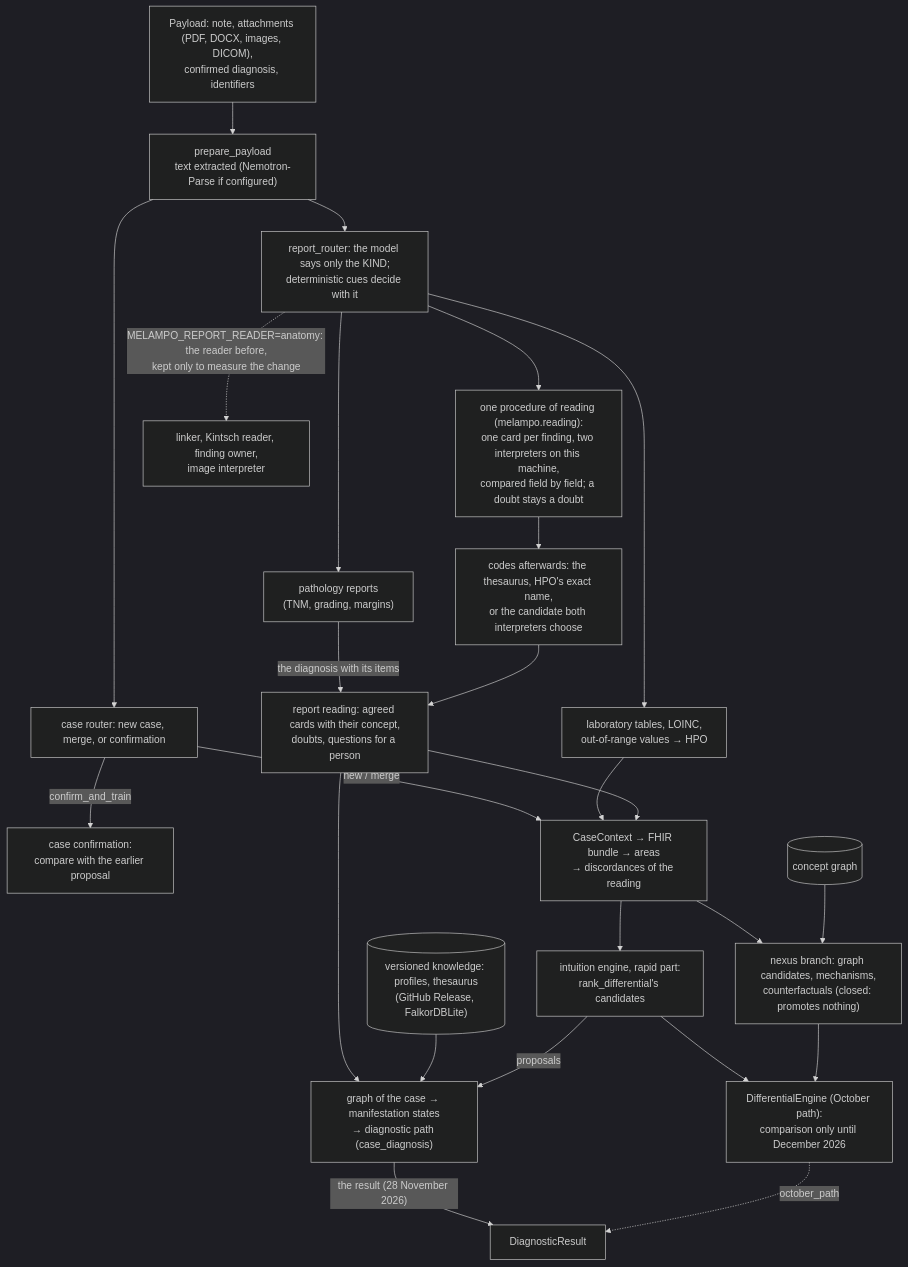
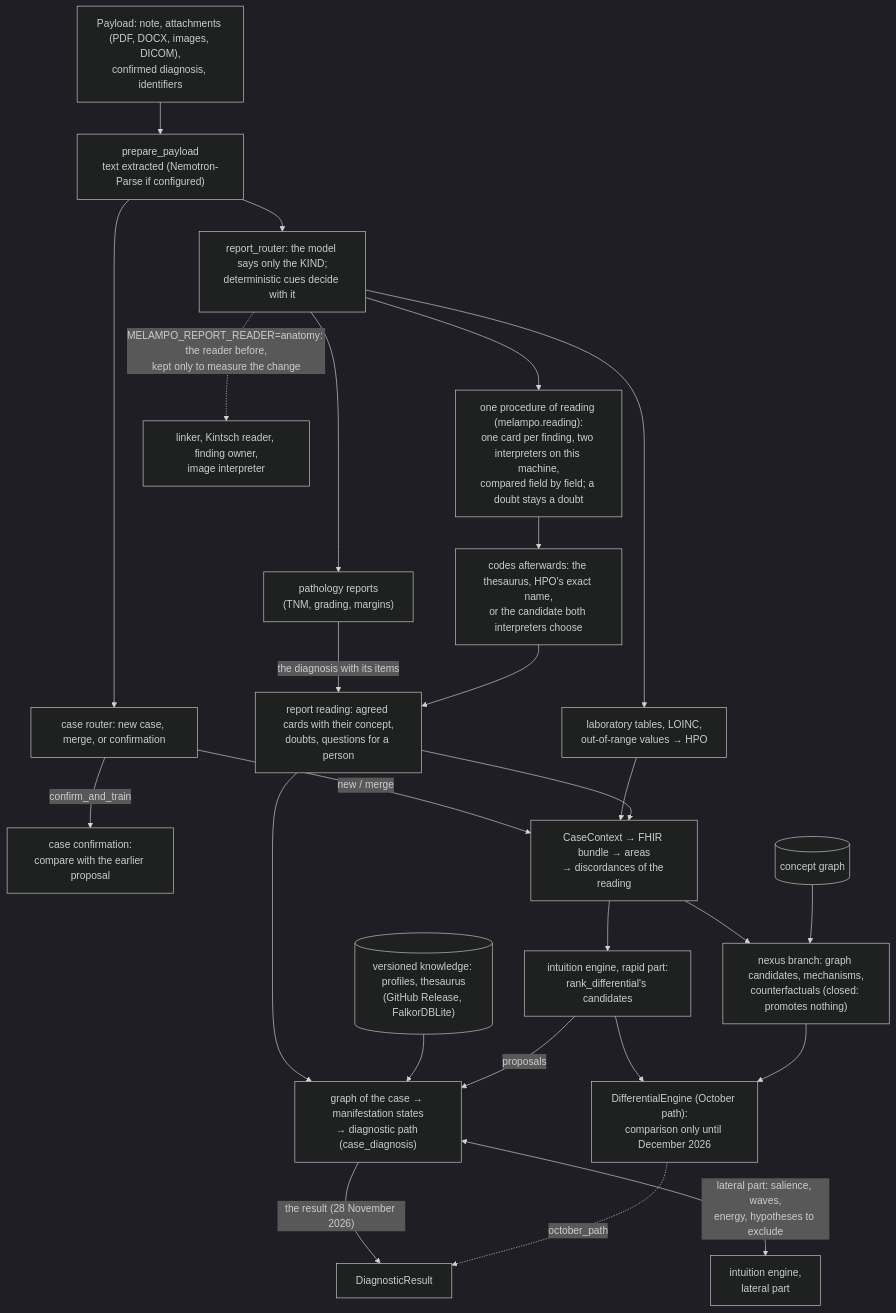
One commit to francescoluciolattari/Melampo-AI changed the second of 2 diagrams in docs/en/ARCHITECTURE.md. Above: the diagram before and after it, drawn with Mermaid (dark theme). The commit also changed other lines of this file and 12 other files, not shown here.

First line of the commit message:
The intuition engine, lateral part: salience, waves, energy over the whole case, hypotheses to exclude

````diff
--- a/docs/en/ARCHITECTURE.md
+++ b/docs/en/ARCHITECTURE.md
@@ -32,27 +32,28 @@
 ```mermaid
 flowchart TD
   payload["Payload: note, attachments (PDF, DOCX, images, DICOM),<br/>confirmed diagnosis, identifiers"] --> prep["prepare_payload<br/>text extracted (Nemotron-Parse if configured)"]
   prep --> router["report_router: the model says only the KIND;<br/>deterministic cues decide with it"]
   router --> lab["laboratory tables, LOINC,<br/>out-of-range values → HPO"]
   router --> path["pathology reports<br/>(TNM, grading, margins)"]
   path -->|"the diagnosis with its items"| rr
   router --> one["one procedure of reading (melampo.reading):<br/>one card per finding, two interpreters on this machine,<br/>compared field by field; a doubt stays a doubt"]
   one --> codes["codes afterwards: the thesaurus, HPO's exact name,<br/>or the candidate both interpreters choose"]
   codes --> rr["report reading: agreed cards with their concept,<br/>doubts, questions for a person"]
   rr --> cg["graph of the case → manifestation states<br/>→ diagnostic path (case_diagnosis)"]
   know[("versioned knowledge: profiles, thesaurus<br/>(GitHub Release, FalkorDBLite)")] --> cg
   router -.->|"MELAMPO_REPORT_READER=anatomy: the reader before,<br/>kept only to measure the change"| narr["linker, Kintsch reader, finding owner,<br/>image interpreter"]
   prep --> d1["case router: new case, merge, or confirmation"]
   d1 -->|confirm_and_train| conf["case confirmation:<br/>compare with the earlier proposal"]
   d1 -->|new / merge| ingest["CaseContext → FHIR bundle → areas<br/>→ discordances of the reading"]
   lab --> ingest
   rr --> ingest
   ingest --> rapid["intuition engine, rapid part:<br/>rank_differential's candidates"]
   rapid --> diff
   rapid -->|proposals| cg
+  cg <-->|"lateral part: salience, waves,<br/>energy, hypotheses to exclude"| lateral["intuition engine,<br/>lateral part"]
   ingest --> nexus["nexus branch: graph candidates, mechanisms,<br/>counterfactuals (closed: promotes nothing)"]
   nexus --> diff["DifferentialEngine (October path):<br/>comparison only until December 2026"]
   cg -->|"the result (28 November 2026)"| res["DiagnosticResult"]
   diff -.->|october_path| res
   graphnode[("concept graph")] --> nexus
 ```
````
